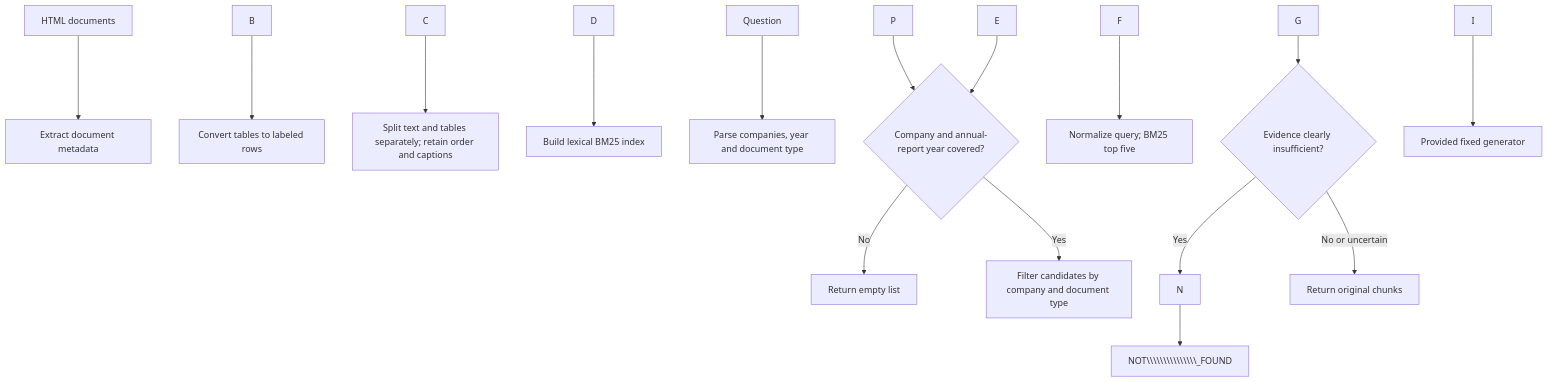
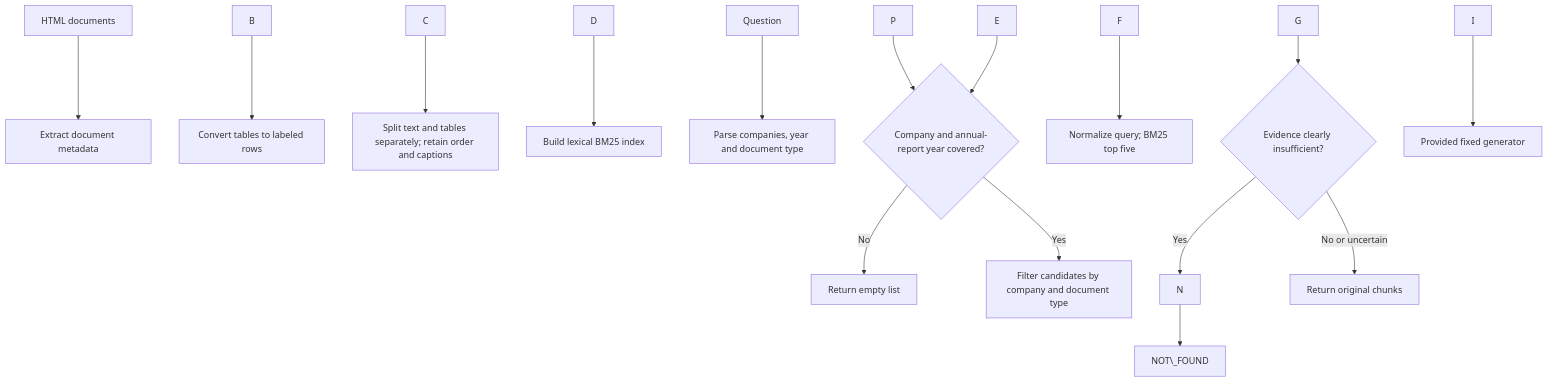
The diagram in README.md (UnderwaterRain/FTEC5660-HW4), drawn with Mermaid before and after one commit. The commit also changed other lines of this file, not shown here.

````diff
--- a/README.md
+++ b/README.md
@@ -5,18 +7,18 @@
 ```mermaid
 flowchart TD
-    A\\\\\\\\\\\\\\\["HTML documents"] --> B\\\\\\\\\\\\\\\["Extract document metadata"]
-    B --> C\\\\\\\\\\\\\\\["Convert tables to labeled rows"]
-    C --> D\\\\\\\\\\\\\\\["Split text and tables separately; retain order and captions"]
-    D --> E\\\\\\\\\\\\\\\["Build lexical BM25 index"]
-    Q\\\\\\\\\\\\\\\["Question"] --> P\\\\\\\\\\\\\\\["Parse companies, year and document type"]
+    A\["HTML documents"] --> B\["Extract document metadata"]
+    B --> C\["Convert tables to labeled rows"]
+    C --> D\["Split text and tables separately; retain order and captions"]
+    D --> E\["Build lexical BM25 index"]
+    Q\["Question"] --> P\["Parse companies, year and document type"]
     P --> R{"Company and annual-report year covered?"}
     E --> R
-    R -->|No| N\\\\\\\\\\\\\\\["Return empty list"]
-    R -->|Yes| F\\\\\\\\\\\\\\\["Filter candidates by company and document type"]
-    F --> G\\\\\\\\\\\\\\\["Normalize query; BM25 top five"]
+    R -->|No| N\["Return empty list"]
+    R -->|Yes| F\["Filter candidates by company and document type"]
+    F --> G\["Normalize query; BM25 top five"]
     G --> H{"Evidence clearly insufficient?"}
     H -->|Yes| N
-    H -->|No or uncertain| I\\\\\\\\\\\\\\\["Return original chunks"]
-    I --> J\\\\\\\\\\\\\\\["Provided fixed generator"]
-    N --> K\\\\\\\\\\\\\\\["NOT\\\\\\\\\\\\\\\_FOUND"]
+    H -->|No or uncertain| I\["Return original chunks"]
+    I --> J\["Provided fixed generator"]
+    N --> K\["NOT\_FOUND"]
 ```
````
